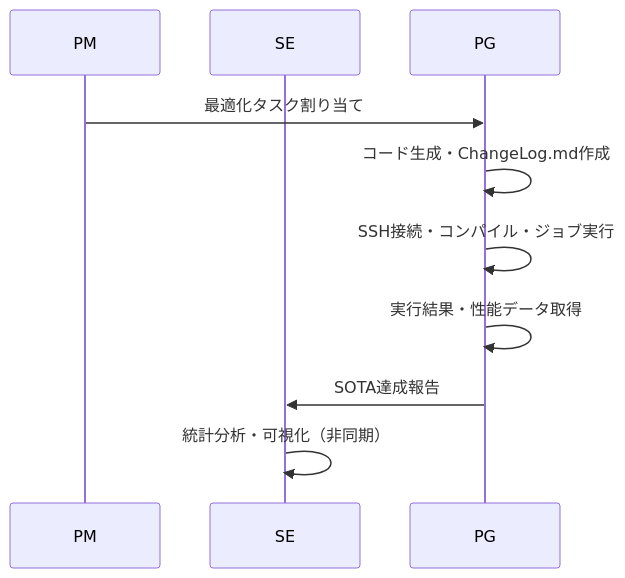
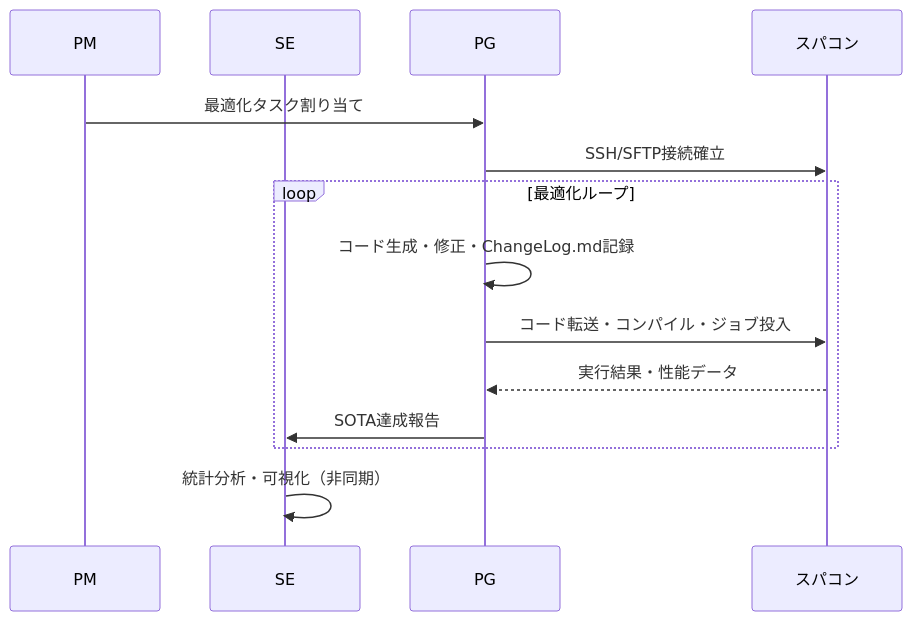
Before and after one commit to erkinalp/VibeCodeHPC-tr: the third of 3 diagrams in README.md, drawn with Mermaid.

Commit message:
改善: README.mdのシーケンス図を簡潔化 - Loopと接続確立の明確化

````diff
--- a/README.md
+++ b/README.md
@@ -217,13 +217,19 @@
 ```mermaid
 sequenceDiagram
     participant PM as PM
     participant SE as SE
     participant PG as PG
+    participant HPC as スパコン
     
     PM->>PG: 最適化タスク割り当て
-    PG->>PG: コード生成・ChangeLog.md作成
-    PG->>PG: SSH接続・コンパイル・ジョブ実行
-    PG->>PG: 実行結果・性能データ取得
-    PG->>SE: SOTA達成報告
+    PG->>HPC: SSH/SFTP接続確立
+    
+    loop 最適化ループ
+        PG->>PG: コード生成・修正・ChangeLog.md記録
+        PG->>HPC: コード転送・コンパイル・ジョブ投入
+        HPC-->>PG: 実行結果・性能データ
+        PG->>SE: SOTA達成報告
+    end
+    
     SE->>SE: 統計分析・可視化（非同期）
 ```
````
